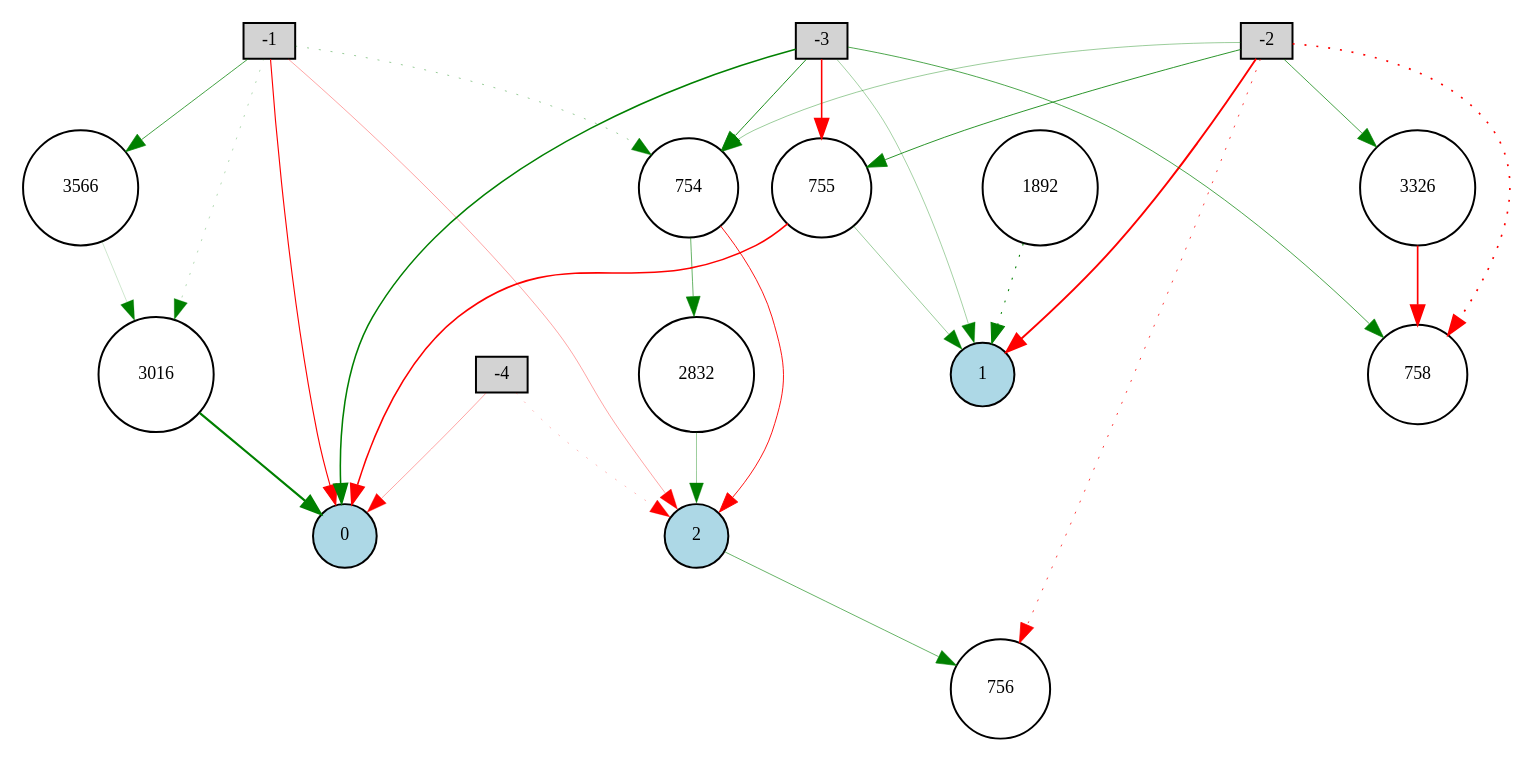
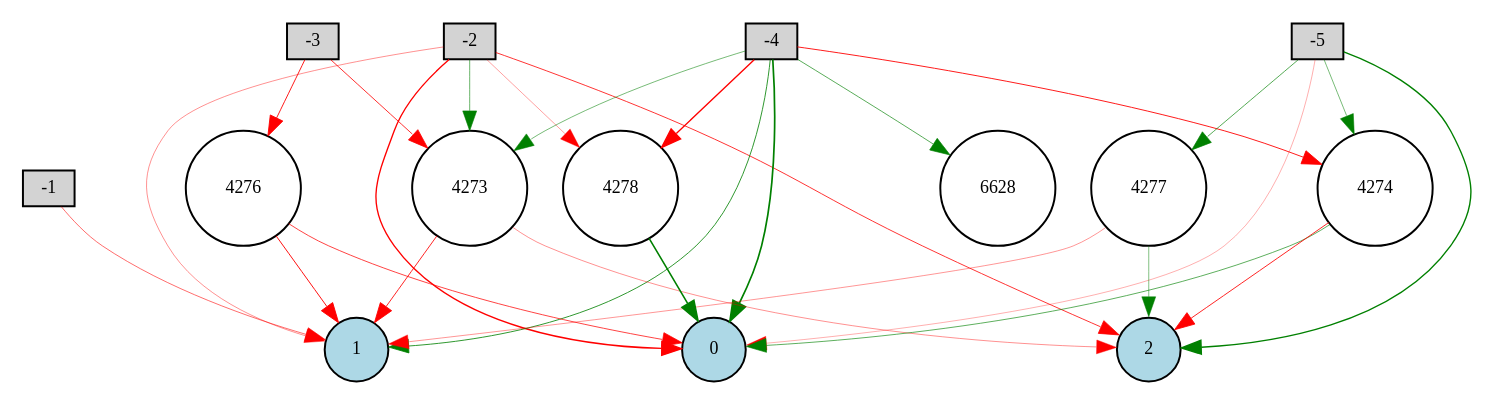
The diagram in TheGameAndTheGeneticAI/Digraph.gv (SparshaSaha/Self-Playing-AI-Bot-using-Evolutionary-Algorithms), drawn with Graphviz before and after one commit. The commit also changed 5 other files, not shown here.

```diff
--- a/TheGameAndTheGeneticAI/Digraph.gv
+++ b/TheGameAndTheGeneticAI/Digraph.gv
@@ -1,47 +1,44 @@
 digraph {
 	node [fontsize=9 height=0.2 shape=circle width=0.2]
 	-1 [fillcolor=lightgray shape=box style=filled]
 	-2 [fillcolor=lightgray shape=box style=filled]
 	-3 [fillcolor=lightgray shape=box style=filled]
 	-4 [fillcolor=lightgray shape=box style=filled]
+	-5 [fillcolor=lightgray shape=box style=filled]
 	0 [fillcolor=lightblue style=filled]
 	1 [fillcolor=lightblue style=filled]
 	2 [fillcolor=lightblue style=filled]
-	1892 [fillcolor=white style=filled]
-	3016 [fillcolor=white style=filled]
-	3566 [fillcolor=white style=filled]
-	2832 [fillcolor=white style=filled]
-	754 [fillcolor=white style=filled]
-	755 [fillcolor=white style=filled]
-	756 [fillcolor=white style=filled]
-	758 [fillcolor=white style=filled]
-	3326 [fillcolor=white style=filled]
-	-1 -> 2 [color=red penwidth=0.17576524212940015 style=solid]
-	-1 -> 0 [color=red penwidth=0.5674551528799919 style=solid]
-	-3 -> 755 [color=red penwidth=0.7760694188989102 style=solid]
-	754 -> 2832 [color=green penwidth=0.3047108787620001 style=solid]
-	-2 -> 756 [color=red penwidth=0.3777241407421852 style=dotted]
-	3016 -> 0 [color=green penwidth=1.1062483106433272 style=solid]
-	2832 -> 2 [color=green penwidth=0.2036956472059 style=solid]
-	-2 -> 758 [color=red penwidth=0.8264680467430359 style=dotted]
-	-4 -> 2 [color=red penwidth=0.14144598689327215 style=dotted]
-	-2 -> 755 [color=green penwidth=0.4164764633547391 style=solid]
-	-4 -> 0 [color=red penwidth=0.18348875612628757 style=solid]
-	-1 -> 754 [color=green penwidth=0.21208458116429177 style=dotted]
-	1892 -> 1 [color=green penwidth=0.529881305436894 style=dotted]
-	3566 -> 3016 [color=green penwidth=0.10398482632487571 style=solid]
-	755 -> 1 [color=green penwidth=0.2001578539440553 style=solid]
-	-2 -> 1 [color=red penwidth=0.9661644327946511 style=solid]
-	-2 -> 754 [color=green penwidth=0.1951516989649127 style=solid]
-	-3 -> 754 [color=green penwidth=0.44858517405745557 style=solid]
-	3326 -> 758 [color=red penwidth=0.8519272147413522 style=solid]
-	754 -> 2 [color=red penwidth=0.4630296195010809 style=solid]
-	-1 -> 3566 [color=green penwidth=0.36634906389268385 style=solid]
-	-1 -> 3016 [color=green penwidth=0.1460123727456965 style=dotted]
-	-3 -> 0 [color=green penwidth=0.7752629738857998 style=solid]
-	-3 -> 758 [color=green penwidth=0.35211227423641434 style=solid]
-	-3 -> 1 [color=green penwidth=0.1842760290845441 style=solid]
-	-2 -> 3326 [color=green penwidth=0.35577727928439884 style=solid]
-	755 -> 0 [color=red penwidth=0.8014478608035983 style=solid]
-	2 -> 756 [color=green penwidth=0.30446705526849904 style=solid]
+	6628 [fillcolor=white style=filled]
+	4273 [fillcolor=white style=filled]
+	4274 [fillcolor=white style=filled]
+	4276 [fillcolor=white style=filled]
+	4277 [fillcolor=white style=filled]
+	4278 [fillcolor=white style=filled]
+	-5 -> 0 [color=red penwidth=0.15612209382888625 style=solid]
+	-3 -> 4273 [color=red penwidth=0.40985212997090925 style=solid]
+	-4 -> 6628 [color=green penwidth=0.33424494211961525 style=solid]
+	-2 -> 0 [color=red penwidth=0.6752320891383217 style=solid]
+	-4 -> 4274 [color=red penwidth=0.44579380607045616 style=solid]
+	4277 -> 1 [color=red penwidth=0.20806026723977367 style=solid]
+	-2 -> 2 [color=red penwidth=0.3983851810019513 style=solid]
+	-4 -> 4278 [color=red penwidth=0.693594141436488 style=solid]
+	-2 -> 4278 [color=red penwidth=0.19492356351705253 style=solid]
+	4273 -> 2 [color=red penwidth=0.22385733171094213 style=solid]
+	-4 -> 0 [color=green penwidth=0.8637417481084573 style=solid]
+	4276 -> 0 [color=red penwidth=0.3722146696747587 style=solid]
+	4274 -> 0 [color=green penwidth=0.3200846904241139 style=solid]
+	4277 -> 2 [color=green penwidth=0.25171139325308434 style=solid]
+	-2 -> 1 [color=red penwidth=0.2245036363581412 style=solid]
+	-4 -> 4273 [color=green penwidth=0.2701208973615318 style=solid]
+	4274 -> 2 [color=red penwidth=0.4285043924879728 style=solid]
+	-5 -> 4274 [color=green penwidth=0.2746725705510943 style=solid]
+	-5 -> 4277 [color=green penwidth=0.3413244981387672 style=solid]
+	4276 -> 1 [color=red penwidth=0.4655590827694507 style=solid]
+	4273 -> 1 [color=red penwidth=0.426857481254556 style=solid]
+	4278 -> 0 [color=green penwidth=0.7991223361124299 style=solid]
+	-2 -> 4273 [color=green penwidth=0.2966000061262928 style=solid]
+	-4 -> 1 [color=green penwidth=0.41473165380457977 style=solid]
+	-1 -> 1 [color=red penwidth=0.28544789384110236 style=solid]
+	-5 -> 2 [color=green penwidth=0.6996740882571642 style=solid]
+	-3 -> 4276 [color=red penwidth=0.4539985510374145 style=solid]
 }
```
